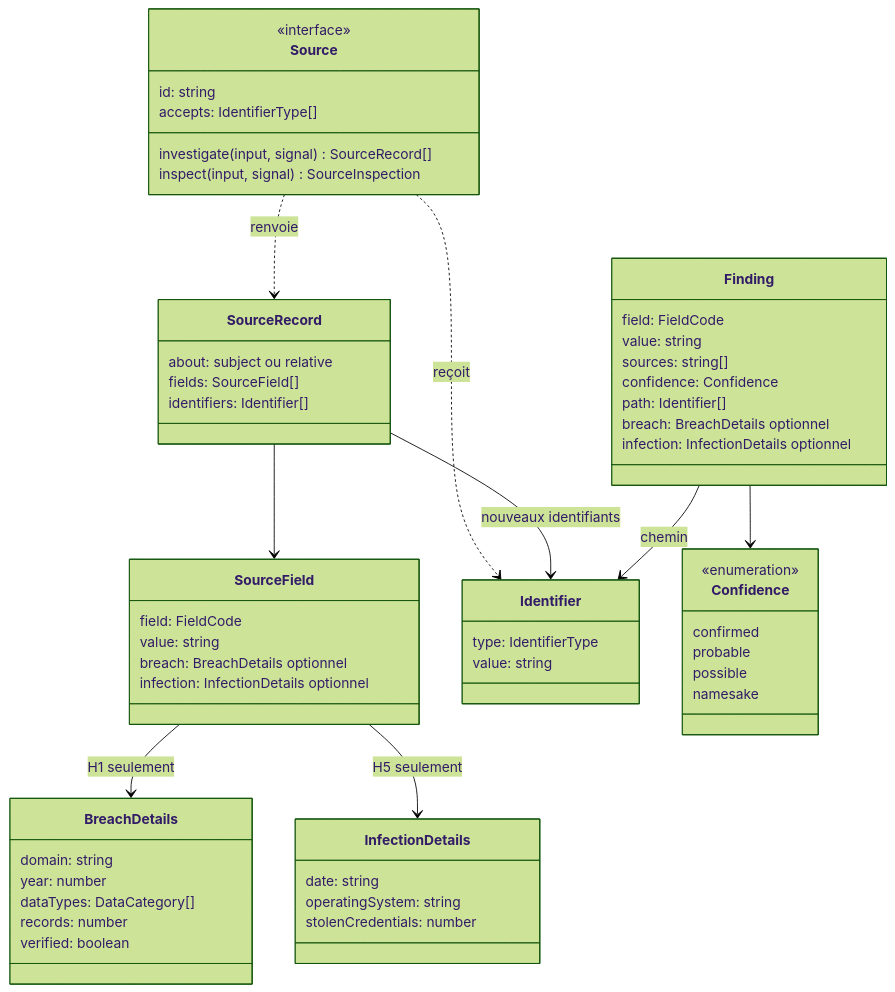
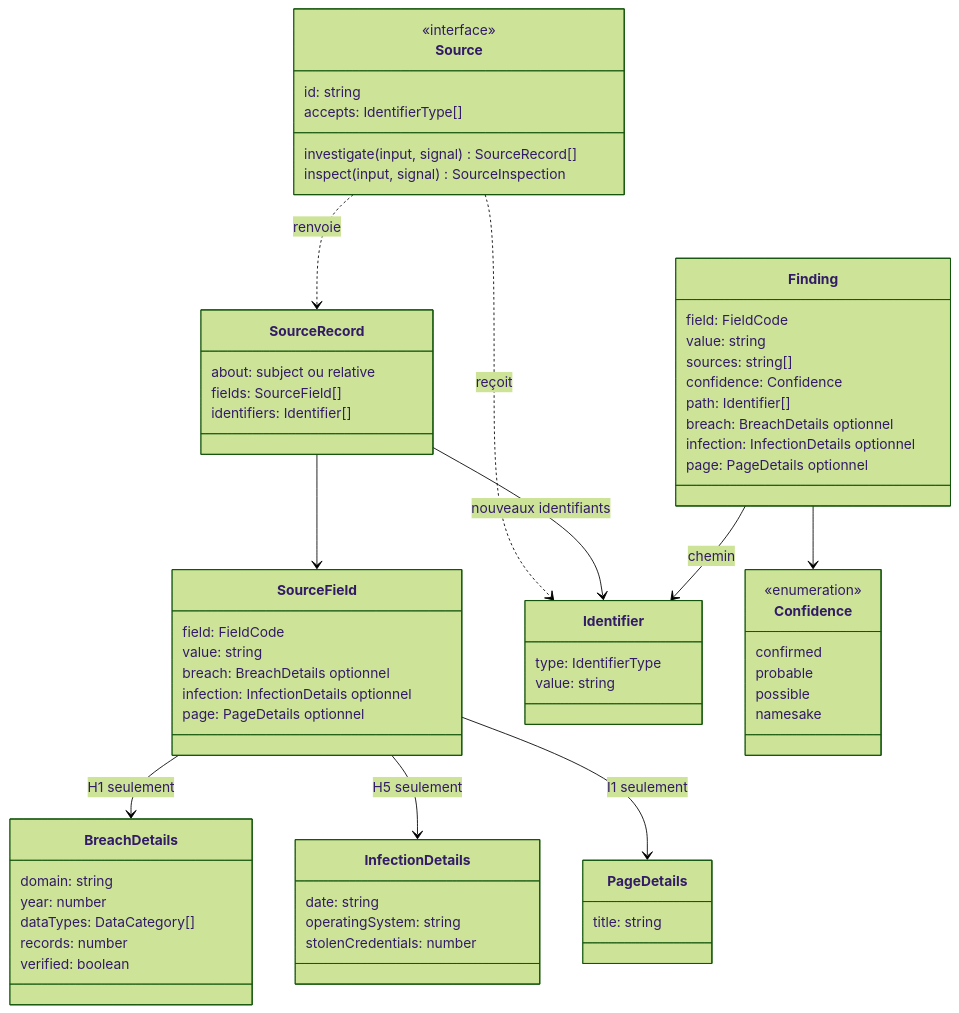
The second of 2 diagrams in docs/ARCHITECTURE.md (SaltyKeed/osint-open-doors), drawn with Mermaid (forest theme) before and after one commit. The commit also changed other lines of this file and 25 other files, not shown here.

````diff
--- a/docs/ARCHITECTURE.md
+++ b/docs/ARCHITECTURE.md
@@ -188,61 +191,67 @@
 ```mermaid
 classDiagram
     class Source {
         <<interface>>
         id: string
         accepts: IdentifierType[]
         investigate(input, signal) SourceRecord[]
         inspect(input, signal) SourceInspection
     }
     class SourceRecord {
         about: subject ou relative
         fields: SourceField[]
         identifiers: Identifier[]
     }
     class SourceField {
         field: FieldCode
         value: string
         breach: BreachDetails optionnel
         infection: InfectionDetails optionnel
+        page: PageDetails optionnel
+    }
+    class PageDetails {
+        title: string
     }
     class InfectionDetails {
         date: string
         operatingSystem: string
         stolenCredentials: number
     }
     class BreachDetails {
         domain: string
         year: number
         dataTypes: DataCategory[]
         records: number
         verified: boolean
     }
     class Identifier {
         type: IdentifierType
         value: string
     }
     class Finding {
         field: FieldCode
         value: string
         sources: string[]
         confidence: Confidence
         path: Identifier[]
         breach: BreachDetails optionnel
         infection: InfectionDetails optionnel
+        page: PageDetails optionnel
     }
     class Confidence {
         <<enumeration>>
         confirmed
         probable
         possible
         namesake
     }
     Source ..> Identifier : reçoit
     Source ..> SourceRecord : renvoie
     SourceRecord --> SourceField
     SourceField --> BreachDetails : H1 seulement
     SourceField --> InfectionDetails : H5 seulement
+    SourceField --> PageDetails : I1 seulement
     SourceRecord --> Identifier : nouveaux identifiants
     Finding --> Identifier : chemin
     Finding --> Confidence
 ```
````
